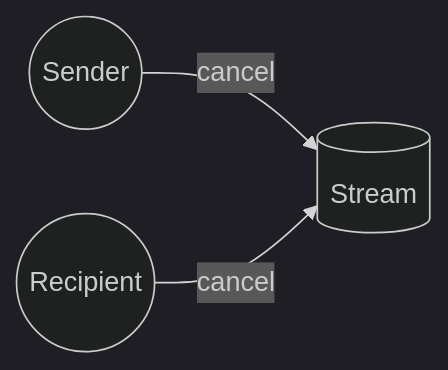
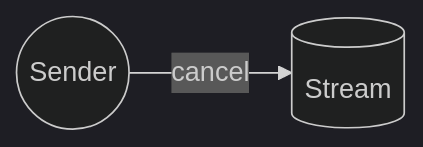
The second of 7 diagrams in docs/contracts/v2/reference/05-access-control.md (sablier-labs/docs), drawn with Mermaid (dark theme) before and after one commit. The commit also changed other lines of this file and 79 other files, not shown here.

````diff
--- a/docs/contracts/v2/reference/05-access-control.md
+++ b/docs/contracts/v2/reference/05-access-control.md
@@ -53,9 +53,6 @@
 ```mermaid
 flowchart LR;
     sender((Sender));
-    recipient((Recipient));
     stream[(Stream)];
-
     sender -- cancel -->stream;
-    recipient -- cancel -->stream;
 ```
````
